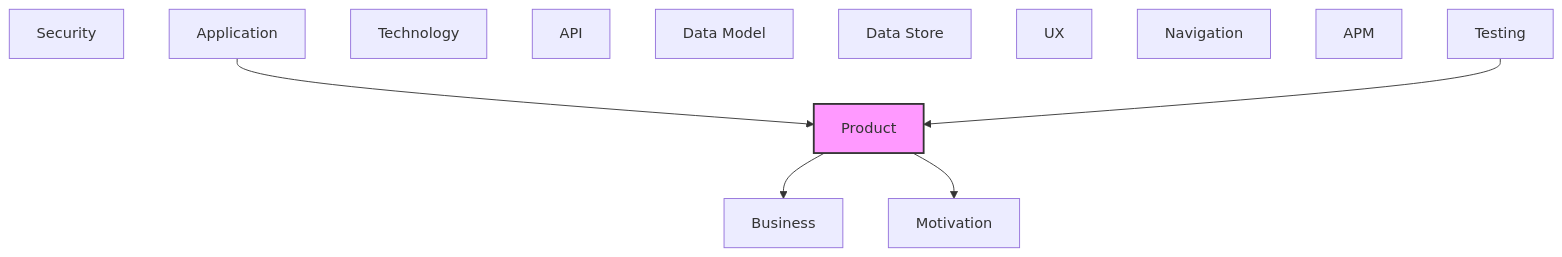
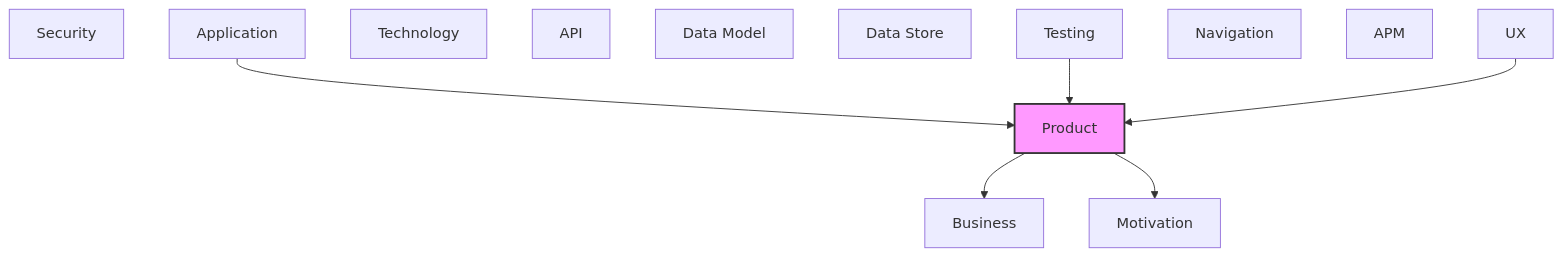
One commit to tinkermonkey/heimdall changed the diagram in documentation-robotics/reports/03-product-layer-report.md. Above: the diagram before and after it, drawn with Mermaid. The commit also changed other lines of this file and 70 other files, not shown here.

````diff
--- a/documentation-robotics/reports/03-product-layer-report.md
+++ b/documentation-robotics/reports/03-product-layer-report.md
@@ -77,22 +80,23 @@
 ```mermaid
 flowchart TB
   classDef current fill:#f9f,stroke:#333,stroke-width:2px
   motivation["Motivation"]
   business["Business"]
   product["Product"]
   security["Security"]
   application["Application"]
   technology["Technology"]
   api["API"]
   data_model["Data Model"]
   data_store["Data Store"]
   ux["UX"]
   navigation["Navigation"]
   apm["APM"]
   testing["Testing"]
   application --> product
   product --> business
   product --> motivation
   testing --> product
+  ux --> product
   class product current
 ```
````
